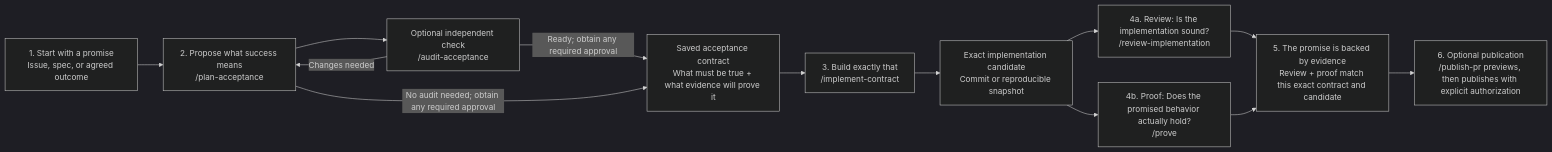
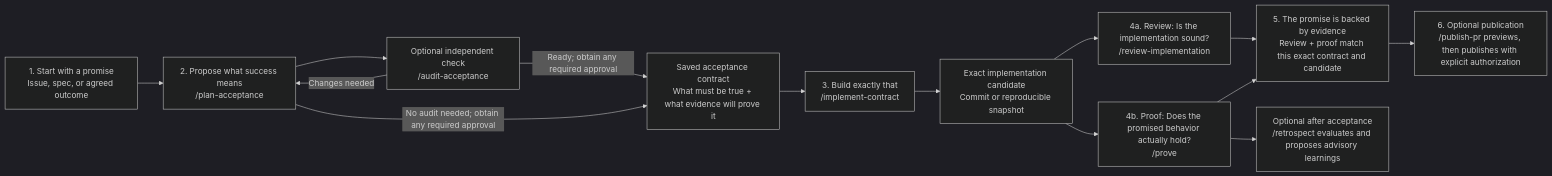
The first of 2 diagrams in README.md (grove/promise-to-proof), drawn with Mermaid (dark theme) before and after one commit. The commit also changed other lines of this file and 6 other files, not shown here.

Commit message:
Add optional retrospective and advisory learning workflow (#22)

````diff
--- a/README.md
+++ b/README.md
@@ -27,23 +27,25 @@
 ```mermaid
 flowchart LR
   promise["1. Start with a promise<br/>Issue, spec, or agreed outcome"]
   plan["2. Propose what success means<br/>/plan-acceptance"]
   audit["Optional independent check<br/>/audit-acceptance"]
   contract["Saved acceptance contract<br/>What must be true + what evidence will prove it"]
   implement["3. Build exactly that<br/>/implement-contract"]
   candidate["Exact implementation candidate<br/>Commit or reproducible snapshot"]
   review["4a. Review: Is the implementation sound?<br/>/review-implementation"]
   prove["4b. Proof: Does the promised behavior actually hold?<br/>/prove"]
   done["5. The promise is backed by evidence<br/>Review + proof match this exact contract and candidate"]
   publish["6. Optional publication<br/>/publish-pr previews, then publishes with explicit authorization"]
+  retrospect["Optional after acceptance<br/>/retrospect evaluates and proposes advisory learnings"]
 
   promise --> plan
   plan --> audit
   audit -->|Changes needed| plan
   audit -->|Ready; obtain any required approval| contract
   plan -->|No audit needed; obtain any required approval| contract
   contract --> implement --> candidate
   candidate --> review --> done
   candidate --> prove --> done
   done --> publish
+  prove --> retrospect
 ```
````
